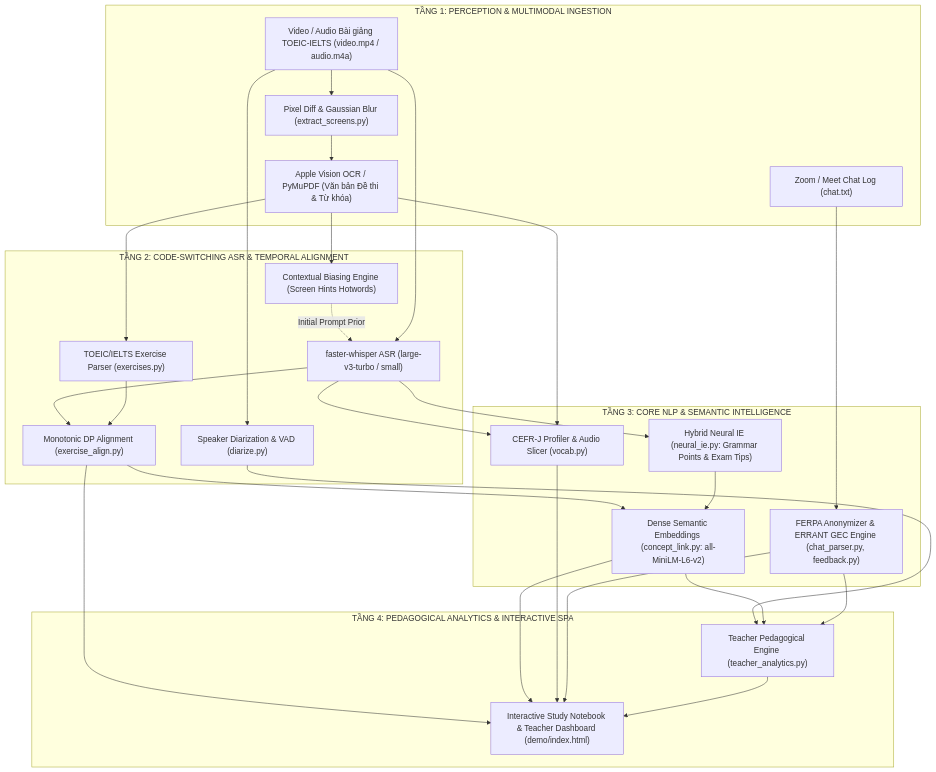
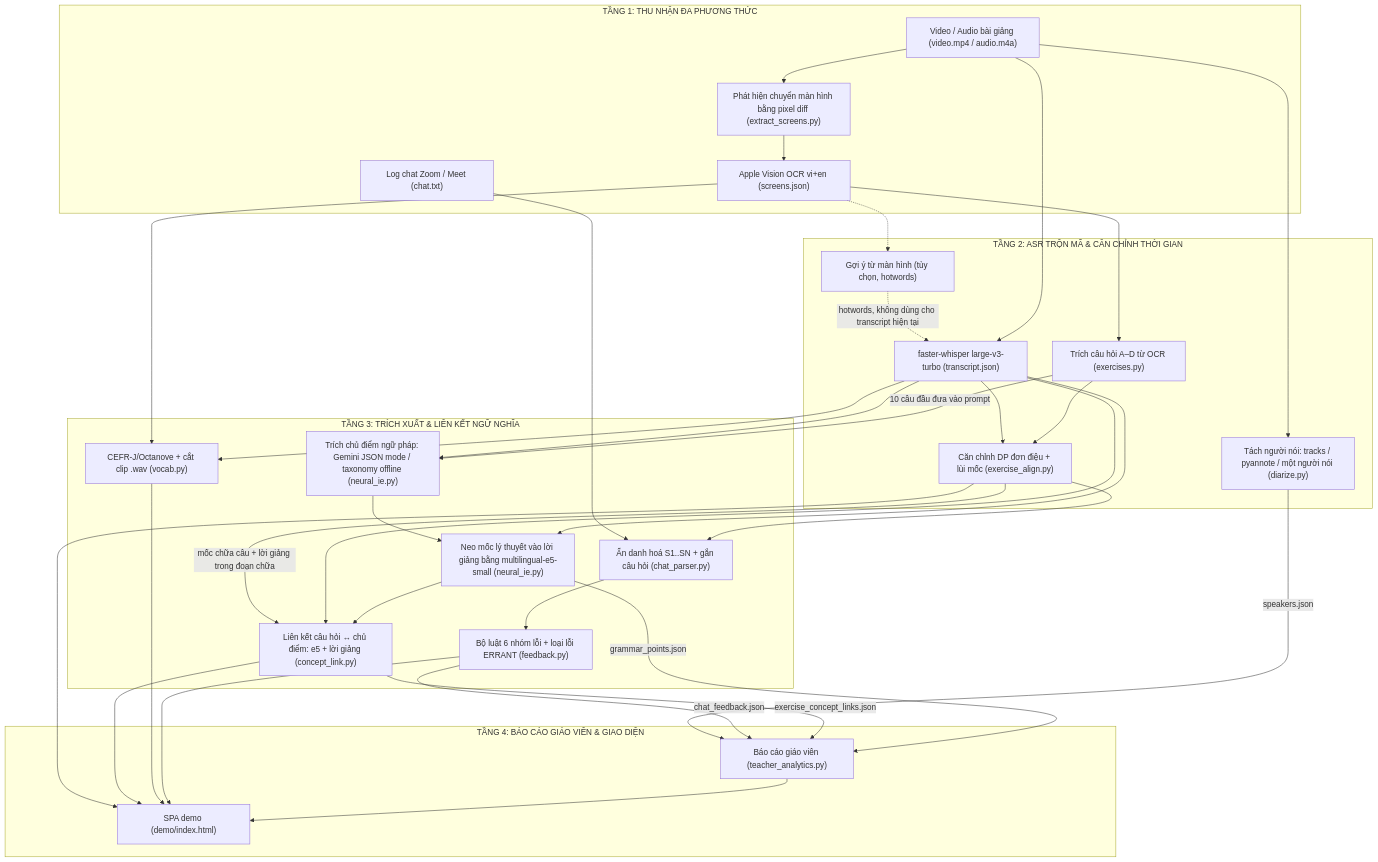
One commit to CelesEclipse/NLP501_edusync_mvp changed the diagram in docs/02_nlp_architecture_and_literature.md. Above: the diagram before and after it, drawn with Mermaid. The commit also changed other lines of this file and 30 other files, not shown here.

First line of the commit message:
docs: align all documents and slides with measured results (docs/10 as single source of numbers)

````diff
--- a/docs/02_nlp_architecture_and_literature.md
+++ b/docs/02_nlp_architecture_and_literature.md
@@ -44,42 +45,59 @@
 ```mermaid
 flowchart TD
-    subgraph T1["TẦNG 1: PERCEPTION & MULTIMODAL INGESTION"]
-        Video["Video / Audio Bài giảng TOEIC-IELTS (video.mp4 / audio.m4a)"]
-        SceneDiff["Pixel Diff & Gaussian Blur (extract_screens.py)"]
-        OCR["Apple Vision OCR / PyMuPDF (Văn bản Đề thi & Từ khóa)"]
-        ChatRaw["Zoom / Meet Chat Log (chat.txt)"]
+    subgraph T1["TẦNG 1: THU NHẬN ĐA PHƯƠNG THỨC"]
+        Video["Video / Audio bài giảng (video.mp4 / audio.m4a)"]
+        SceneDiff["Phát hiện chuyển màn hình bằng pixel diff (extract_screens.py)"]
+        OCR["Apple Vision OCR vi+en (screens.json)"]
+        ChatRaw["Log chat Zoom / Meet (chat.txt)"]
         Video --> SceneDiff --> OCR
     end
 
-    subgraph T2["TẦNG 2: CODE-SWITCHING ASR & TEMPORAL ALIGNMENT"]
-        ScreenHints["Contextual Biasing Engine (Screen Hints Hotwords)"]
-        Whisper["faster-whisper ASR (large-v3-turbo / small)"]
-        Diarize["Speaker Diarization & VAD (diarize.py)"]
-        ExerciseParser["TOEIC/IELTS Exercise Parser (exercises.py)"]
-        MonotonicDP["Monotonic DP Alignment (exercise_align.py)"]
-        OCR --> ScreenHints
-        ScreenHints -.->|Initial Prompt Prior| Whisper
+    subgraph T2["TẦNG 2: ASR TRỘN MÃ & CĂN CHỈNH THỜI GIAN"]
+        ScreenHints["Gợi ý từ màn hình (tùy chọn, hotwords)"]
+        Whisper["faster-whisper large-v3-turbo (transcript.json)"]
+        Diarize["Tách người nói: tracks / pyannote / một người nói (diarize.py)"]
+        ExerciseParser["Trích câu hỏi A–D từ OCR (exercises.py)"]
+        MonotonicDP["Căn chỉnh DP đơn điệu + lùi mốc (exercise_align.py)"]
+        OCR -.-> ScreenHints
+        ScreenHints -.->|hotwords, không dùng cho transcript hiện tại| Whisper
         Video --> Whisper
         Video --> Diarize
         OCR --> ExerciseParser
-        Whisper & ExerciseParser --> MonotonicDP
+        Whisper --> MonotonicDP
+        ExerciseParser --> MonotonicDP
     end
 
-    subgraph T3["TẦNG 3: CORE NLP & SEMANTIC INTELLIGENCE"]
-        NeuralIE["Hybrid Neural IE (neural_ie.py: Grammar Points & Exam Tips)"]
-        DenseEmb["Dense Semantic Embeddings (concept_link.py: all-MiniLM-L6-v2)"]
-        LexicalProfiler["CEFR-J Profiler & Audio Slicer (vocab.py)"]
-        ChatGEC["FERPA Anonymizer & ERRANT GEC Engine (chat_parser.py, feedback.py)"]
-        Whisper --> NeuralIE
-        MonotonicDP & NeuralIE --> DenseEmb
-        Whisper & OCR --> LexicalProfiler
-        ChatRaw --> ChatGEC
+    subgraph T3["TẦNG 3: TRÍCH XUẤT & LIÊN KẾT NGỮ NGHĨA"]
+        NeuralIE["Trích chủ điểm ngữ pháp: Gemini JSON mode / taxonomy offline (neural_ie.py)"]
+        Grounding["Neo mốc lý thuyết vào lời giảng bằng multilingual-e5-small (neural_ie.py)"]
+        DenseEmb["Liên kết câu hỏi ↔ chủ điểm: e5 + lời giảng (concept_link.py)"]
+        LexicalProfiler["CEFR-J/Octanove + cắt clip .wav (vocab.py)"]
+        ChatParse["Ẩn danh hoá S1..SN + gắn câu hỏi (chat_parser.py)"]
+        GEC["Bộ luật 6 nhóm lỗi + loại lỗi ERRANT (feedback.py)"]
+        Whisper --> NeuralIE --> Grounding
+        ExerciseParser -->|10 câu đầu đưa vào prompt| NeuralIE
+        Whisper --> Grounding
+        MonotonicDP -->|mốc chữa câu + lời giảng trong đoạn chữa| DenseEmb
+        Whisper --> DenseEmb
+        Grounding --> DenseEmb
+        Whisper --> LexicalProfiler
+        OCR --> LexicalProfiler
+        ChatRaw --> ChatParse
+        MonotonicDP --> ChatParse
+        ChatParse --> GEC
     end
 
-    subgraph T4["TẦNG 4: PEDAGOGICAL ANALYTICS & INTERACTIVE SPA"]
-        TeacherAnalytics["Teacher Pedagogical Engine (teacher_analytics.py)"]
-        WebDemo["Interactive Study Notebook & Teacher Dashboard (demo/index.html)"]
-        Diarize & DenseEmb & ChatGEC --> TeacherAnalytics
-        MonotonicDP & DenseEmb & LexicalProfiler & ChatGEC & TeacherAnalytics --> WebDemo
+    subgraph T4["TẦNG 4: BÁO CÁO GIÁO VIÊN & GIAO DIỆN"]
+        TeacherAnalytics["Báo cáo giáo viên (teacher_analytics.py)"]
+        WebDemo["SPA demo (demo/index.html)"]
+        Diarize -->|speakers.json| TeacherAnalytics
+        GEC -->|chat_feedback.json| TeacherAnalytics
+        DenseEmb -->|exercise_concept_links.json| TeacherAnalytics
+        Grounding -->|grammar_points.json| TeacherAnalytics
+        MonotonicDP --> WebDemo
+        DenseEmb --> WebDemo
+        LexicalProfiler --> WebDemo
+        GEC --> WebDemo
+        TeacherAnalytics --> WebDemo
     end
 ```
````
